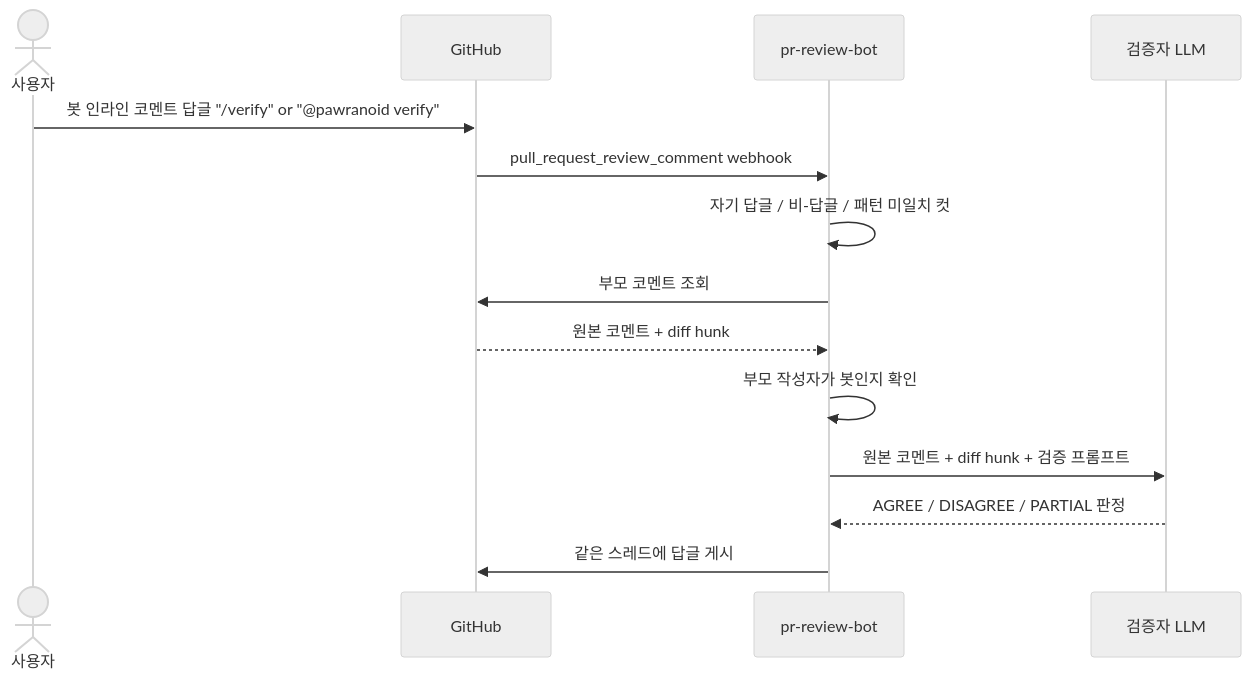
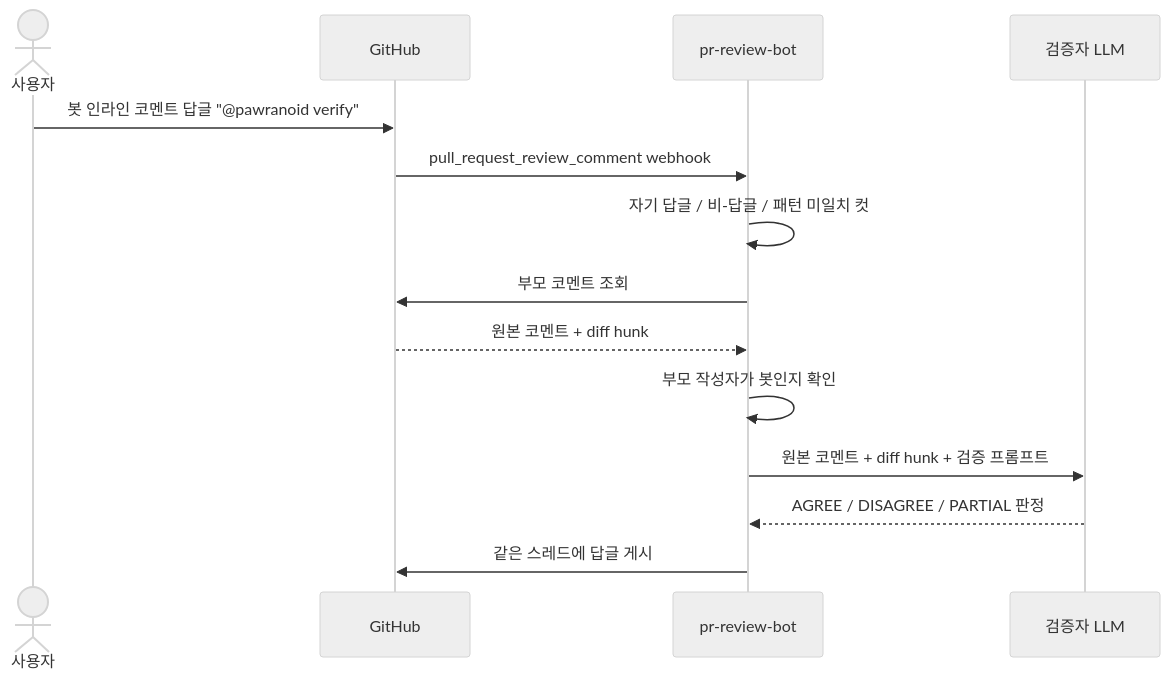
The second of 2 diagrams in README.md (lsngmin/pr-review-bot), drawn with Mermaid (neutral theme) before and after one commit. The commit also changed other lines of this file and 5 other files, not shown here.

````diff
--- a/README.md
+++ b/README.md
@@ -59,17 +59,17 @@
 ```mermaid
 sequenceDiagram
     actor User as 사용자
     participant GH as GitHub
     participant Bot as pr-review-bot
     participant LLM as 검증자 LLM
 
-    User->>GH: 봇 인라인 코멘트 답글 "/verify" or "@pawranoid verify"
+    User->>GH: 봇 인라인 코멘트 답글 "@pawranoid verify"
     GH->>Bot: pull_request_review_comment webhook
     Bot->>Bot: 자기 답글 / 비-답글 / 패턴 미일치 컷
     Bot->>GH: 부모 코멘트 조회
     GH-->>Bot: 원본 코멘트 + diff hunk
     Bot->>Bot: 부모 작성자가 봇인지 확인
     Bot->>LLM: 원본 코멘트 + diff hunk + 검증 프롬프트
     LLM-->>Bot: AGREE / DISAGREE / PARTIAL 판정
     Bot->>GH: 같은 스레드에 답글 게시
 ```
````
